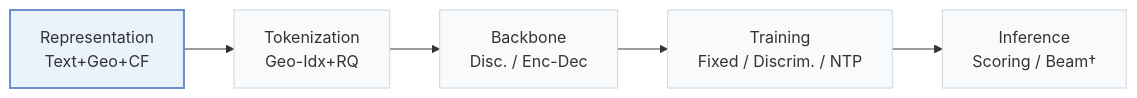
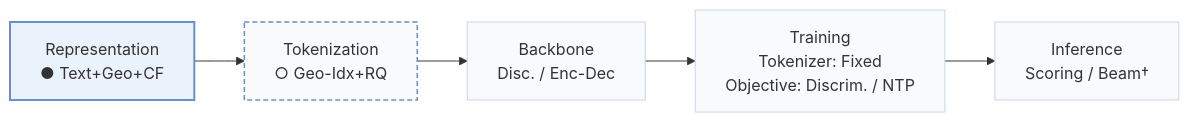
One commit to Galaxy-ghost/Awesome-SID-Generative-Rec changed the first of 3 diagrams in pages/papers/lgsid.md. Above: the diagram before and after it, drawn with Mermaid. The commit also changed other lines of this file and 558 other files, not shown here.

````diff
--- a/pages/papers/lgsid.md
+++ b/pages/papers/lgsid.md
@@ -15,8 +18,10 @@
 ```mermaid
 flowchart LR
-    R["Representation<br/>Text+Geo+CF"] --> T["Tokenization<br/>Geo-Idx+RQ"] --> B["Backbone<br/>Disc. / Enc-Dec"] --> TR["Training<br/>Fixed / Discrim. / NTP"] --> I["Inference<br/>Scoring / Beam†"]
+    R["Representation<br/>● Text+Geo+CF"] --> T["Tokenization<br/>○ Geo-Idx+RQ"] --> B["Backbone<br/>Disc. / Enc-Dec"] --> TR["Training<br/>Tokenizer: Fixed<br/>Objective: Discrim. / NTP"] --> I["Inference<br/>Scoring / Beam†"]
     classDef base fill:#f8fafc,stroke:#cbd5e1
     class R,T,B,TR,I base
+    classDef other fill:#f8fafc,stroke:#6b8fc7,stroke-width:1.5px,stroke-dasharray:5 3
+    class T other
     classDef main fill:#eaf2fb,stroke:#6b8fc7,stroke-width:2px
     class R main
 ```
````
